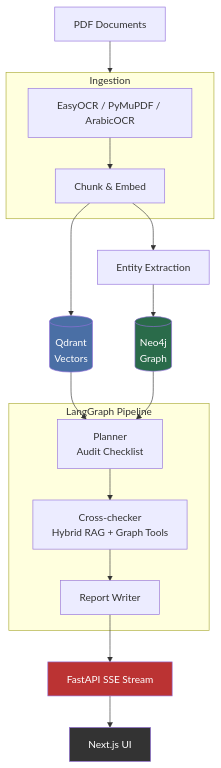
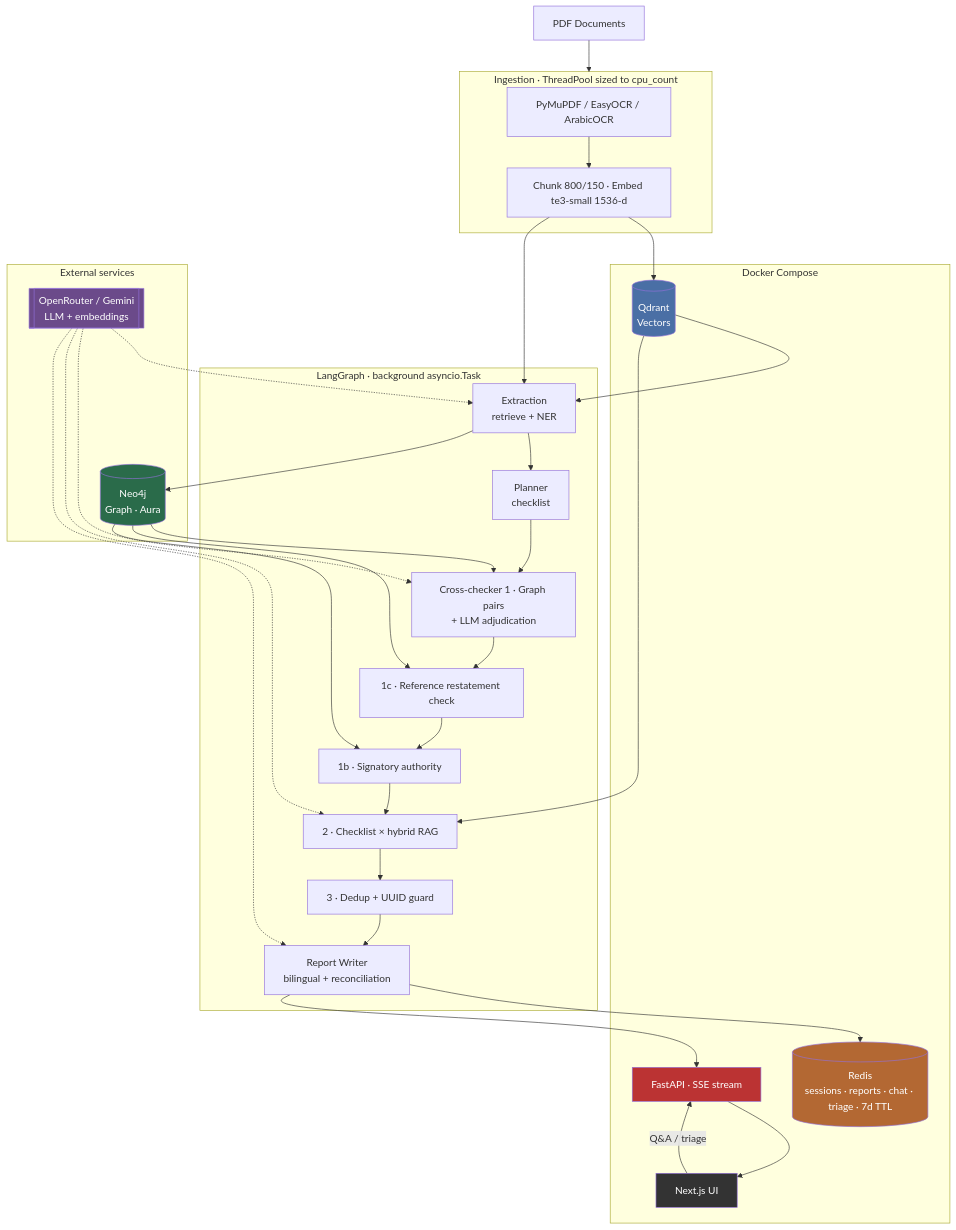
The diagram in README.md (Mostafa-Emad77/AuditMind), drawn with Mermaid before and after one commit. The commit also changed other lines of this file, not shown here.

Commit message:
refactor: enhance ingestion and processing architecture in README

````diff
--- a/README.md
+++ b/README.md
@@ -30,29 +30,56 @@
 ```mermaid
 flowchart TD
     PDFs[PDF Documents] --> Ingestion
 
-    subgraph Ingestion[Ingestion]
-        OCR[EasyOCR / PyMuPDF / ArabicOCR]
-        OCR --> ChunkEmbed[Chunk & Embed]
+    subgraph Ingestion[Ingestion · ThreadPool sized to cpu_count]
+        OCR[PyMuPDF / EasyOCR / ArabicOCR] --> ChunkEmbed[Chunk 800/150 · Embed te3-small 1536-d]
     end
 
-    ChunkEmbed --> Qdrant[(Qdrant\nVectors)]
-    ChunkEmbed --> EntityExt[Entity Extraction]
-    EntityExt --> Neo4j[(Neo4j\nGraph)]
-
-    Qdrant --> Planner
-    Neo4j --> Planner
-
-    subgraph Pipeline[LangGraph Pipeline]
-        Planner[Planner\nAudit Checklist] --> CrossChecker[Cross-checker\nHybrid RAG + Graph Tools]
-        CrossChecker --> ReportWriter[Report Writer]
+    subgraph Compose[Docker Compose]
+        Qdrant[(Qdrant\nVectors)]
+        Redis[(Redis\nsessions · reports · chat · triage · 7d TTL)]
+        FastAPI[FastAPI · SSE stream]
+        NextUI[Next.js UI]
     end
 
-    ReportWriter --> FastAPI[FastAPI SSE Stream]
-    FastAPI --> NextUI[Next.js UI]
+    subgraph External[External services]
+        Neo4j[(Neo4j\nGraph · Aura)]
+        LLM[[OpenRouter / Gemini\nLLM + embeddings]]
+    end
+
+    subgraph Pipeline[LangGraph · background asyncio.Task]
+        Extraction[Extraction\nretrieve + NER] --> Planner[Planner\nchecklist]
+        Planner --> P1[Cross-checker 1 · Graph pairs\n+ LLM adjudication]
+        P1 --> P1c[1c · Reference restatement check]
+        P1c --> P1b[1b · Signatory authority]
+        P1b --> P2[2 · Checklist × hybrid RAG]
+        P2 --> P3[3 · Dedup + UUID guard]
+        P3 --> ReportWriter[Report Writer\nbilingual + reconciliation]
+    end
+
+    ChunkEmbed --> Qdrant
+    ChunkEmbed --> Extraction
+    Qdrant --> Extraction
+    Extraction --> Neo4j
+    Neo4j --> P1
+    Neo4j --> P1c
+    Neo4j --> P1b
+    Qdrant --> P2
+
+    LLM -.-> Extraction
+    LLM -.-> P1
+    LLM -.-> P2
+    LLM -.-> ReportWriter
+
+    ReportWriter --> Redis
+    ReportWriter --> FastAPI
+    FastAPI --> NextUI
+    NextUI -->|Q&A / triage| FastAPI
 
     style Qdrant fill:#4a6fa5,color:#fff
     style Neo4j fill:#2a6b4a,color:#fff
+    style Redis fill:#b36833,color:#fff
+    style LLM fill:#6b4a8a,color:#fff
     style FastAPI fill:#b33,color:#fff
     style NextUI fill:#333,color:#fff
 ```
````
